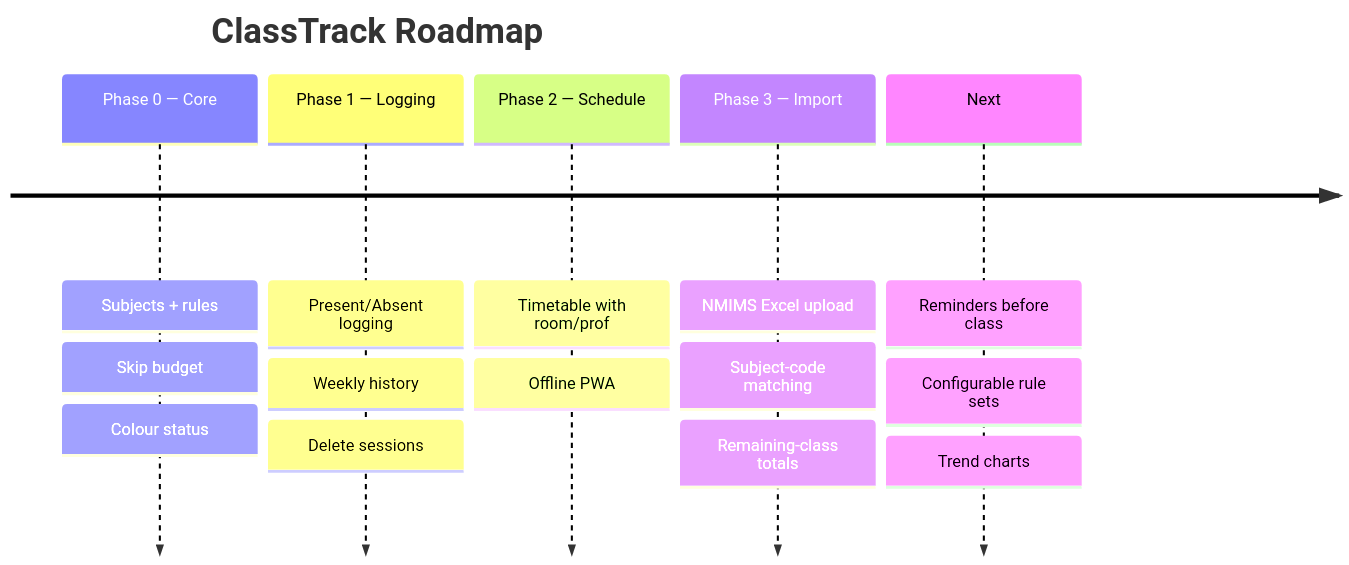
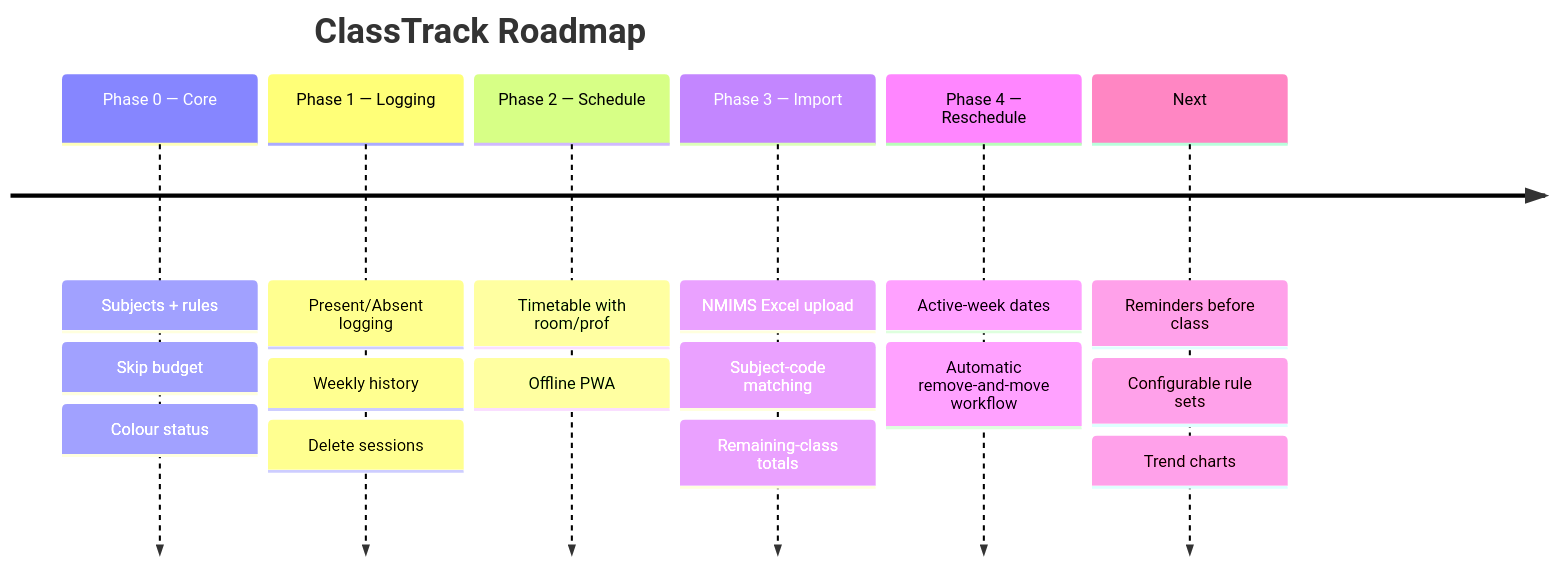
Before and after one commit to AASTHA381/Attendence-Tracker-App: the third of 3 diagrams in docs/PRD.md, drawn with Mermaid. The commit also changed other lines of this file and 5 other files, not shown here.

````diff
--- a/docs/PRD.md
+++ b/docs/PRD.md
@@ -185,9 +186,10 @@
 ```mermaid
 timeline
     title ClassTrack Roadmap
     Phase 0 — Core : Subjects + rules : Skip budget : Colour status
     Phase 1 — Logging : Present/Absent logging : Weekly history : Delete sessions
     Phase 2 — Schedule : Timetable with room/prof : Offline PWA
     Phase 3 — Import : NMIMS Excel upload : Subject-code matching : Remaining-class totals
+    Phase 4 — Reschedule : Active-week dates : Automatic remove-and-move workflow
     Next : Reminders before class : Configurable rule sets : Trend charts
 ```
````
